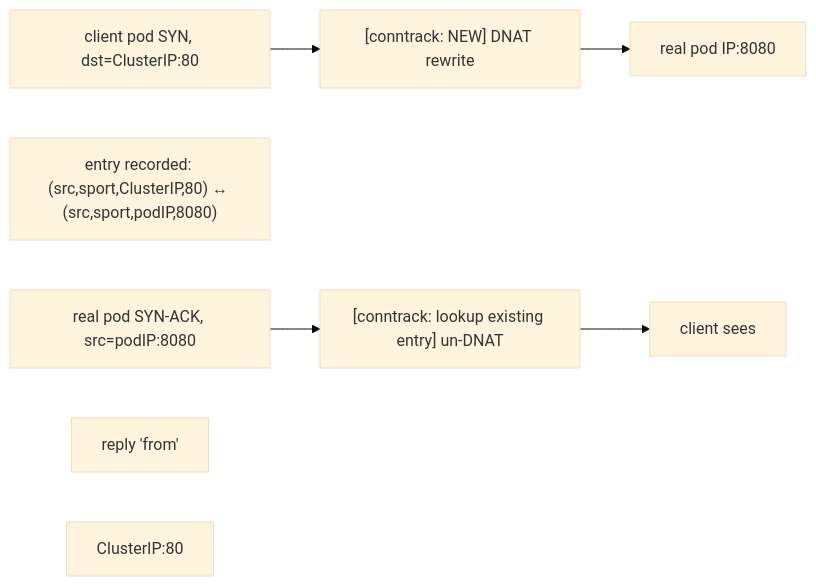
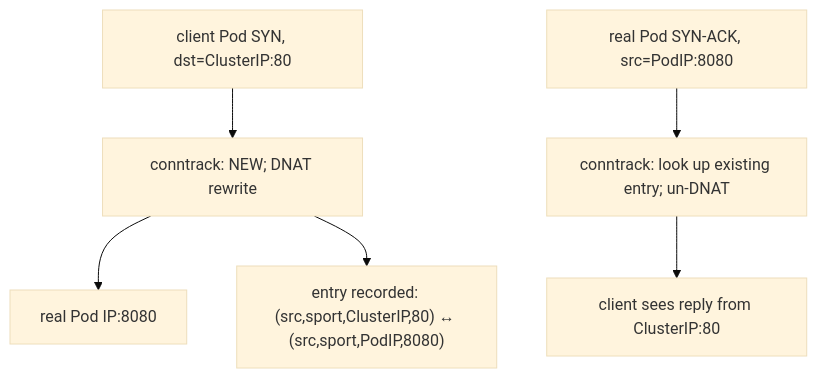
The diagram in docs/volume-01/10-senior-deep-dive-4-packet-level-networking-routing-conntrack-tcp-and-dns-failu.md (jithinpnjm/nvidia-devops), drawn with Mermaid (base theme) before and after one commit. The commit also changed other lines of this file and 99 other files, not shown here.

````diff
--- a/docs/volume-01/10-senior-deep-dive-4-packet-level-networking-routing-conntrack-tcp-and-dns-failu.md
+++ b/docs/volume-01/10-senior-deep-dive-4-packet-level-networking-routing-conntrack-tcp-and-dns-failu.md
@@ -48,17 +48,7 @@
 ```mermaid
-flowchart LR
-  %% Converted from the original ASCII diagram; source wording is preserved.
-  n0["client pod SYN, dst=ClusterIP:80"]
-  n1["[conntrack: NEW] DNAT rewrite"]
-  n2["real pod IP:8080"]
-  n3["entry recorded: (src,sport,ClusterIP,80) ↔ (src,sport,podIP,8080)"]
-  n4["real pod SYN-ACK, src=podIP:8080"]
-  n5["[conntrack: lookup existing entry] un-DNAT"]
-  n6["client sees"]
-  n7["reply 'from'"]
-  n8["ClusterIP:80"]
-  n0 --> n1
-  n1 --> n2
-  n4 --> n5
-  n5 --> n6
+flowchart TD
+  SYN["client Pod SYN, dst=ClusterIP:80"] --> DNAT["conntrack: NEW; DNAT rewrite"] --> Pod["real Pod IP:8080"]
+  DNAT --> Entry["entry recorded: (src,sport,ClusterIP,80) ↔ (src,sport,PodIP,8080)"]
+  Reply["real Pod SYN-ACK, src=PodIP:8080"] --> Lookup["conntrack: look up existing entry; un-DNAT"]
+  Lookup --> Client["client sees reply from ClusterIP:80"]
 ```
````
